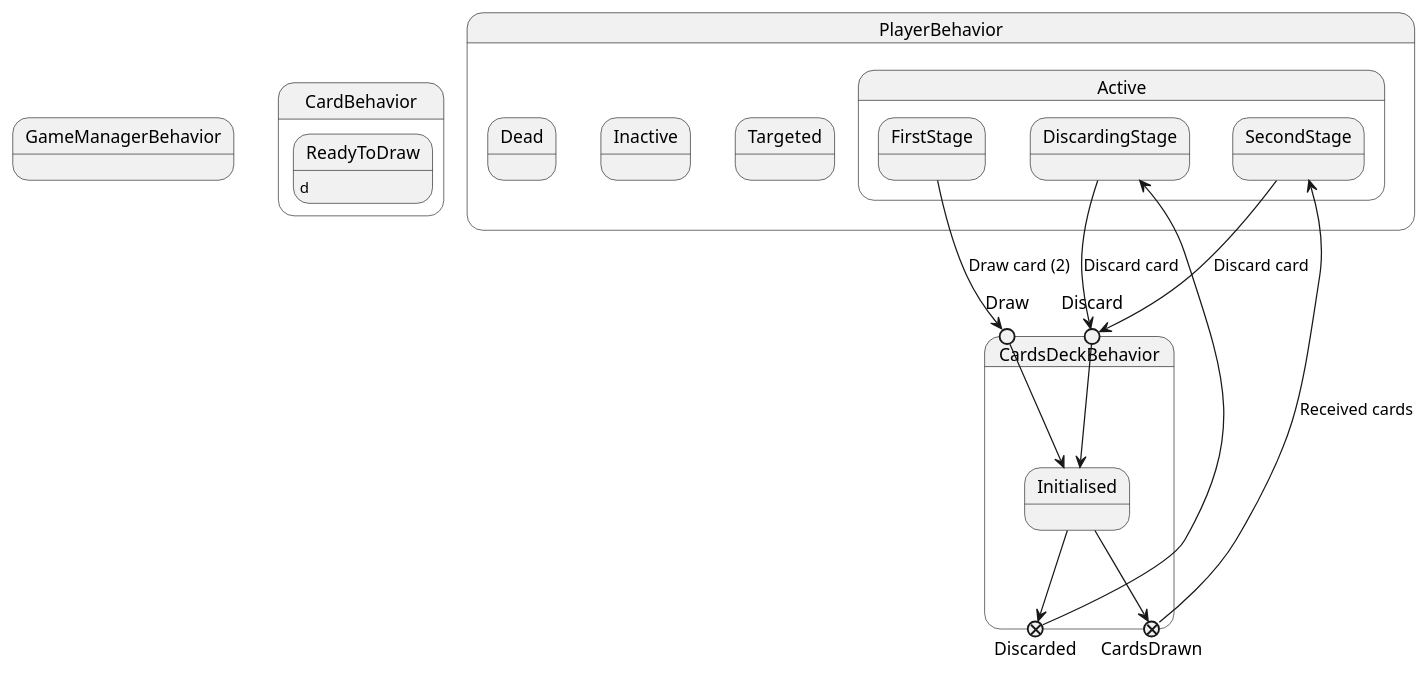
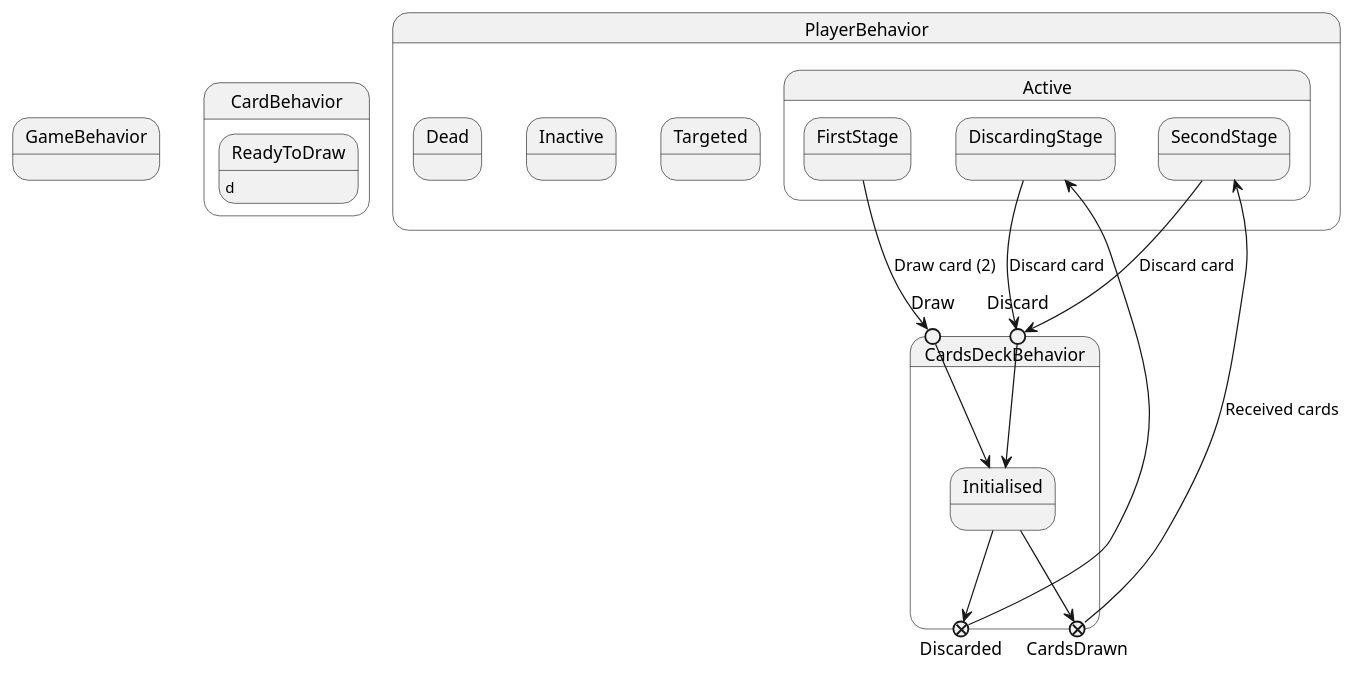
One commit to ondramastik/Bang-online changed the diagram in design/uml/state-diagram/game-state.puml. Above: the diagram before and after it, drawn with PlantUML. The commit also changed 10 other files, not shown here.

Commit message:
Update actor model, remove unnecessary actors, update game intialization sequence diagram

```diff
--- a/design/uml/state-diagram/game-state.puml
+++ b/design/uml/state-diagram/game-state.puml
@@ -1,41 +1,41 @@
 @startuml
-state GameManagerBehavior {
+state GameBehavior {
 }
 
 state CardBehavior {
     state ReadyToDraw
     ReadyToDraw : d
 }
 
 state "PlayerBehavior" as pb {
     state "Active" as pb_a {
         state "FirstStage" as pb_a_f
         state "SecondStage" as pb_a_s
         state "DiscardingStage" as pb_a_d
     }
     state Targeted
     state Inactive
     state Dead
 }
 
 state "CardsDeckBehavior" as cdb {
   state "Draw" as cdb_dr <<entryPoint>>
   state "Discard" as cdb_dc <<entryPoint>>
 
   state "Initialised" as cdb_i
 
   state "Discarded" as cdb_dced <<exitPoint>>
   state "CardsDrawn" as cdb_cd <<exitPoint>>
 }
 
 pb_a_f --> cdb_dr : Draw card (2)
 cdb_dr --> cdb_i
 cdb_i --> cdb_cd
 cdb_cd --> pb_a_s : Received cards
 
 pb_a_s --> cdb_dc : Discard card
 cdb_dc --> cdb_i
 cdb_i --> cdb_dced
 cdb_dced --> pb_a_d
 pb_a_d --> cdb_dc : Discard card
 @enduml
```
